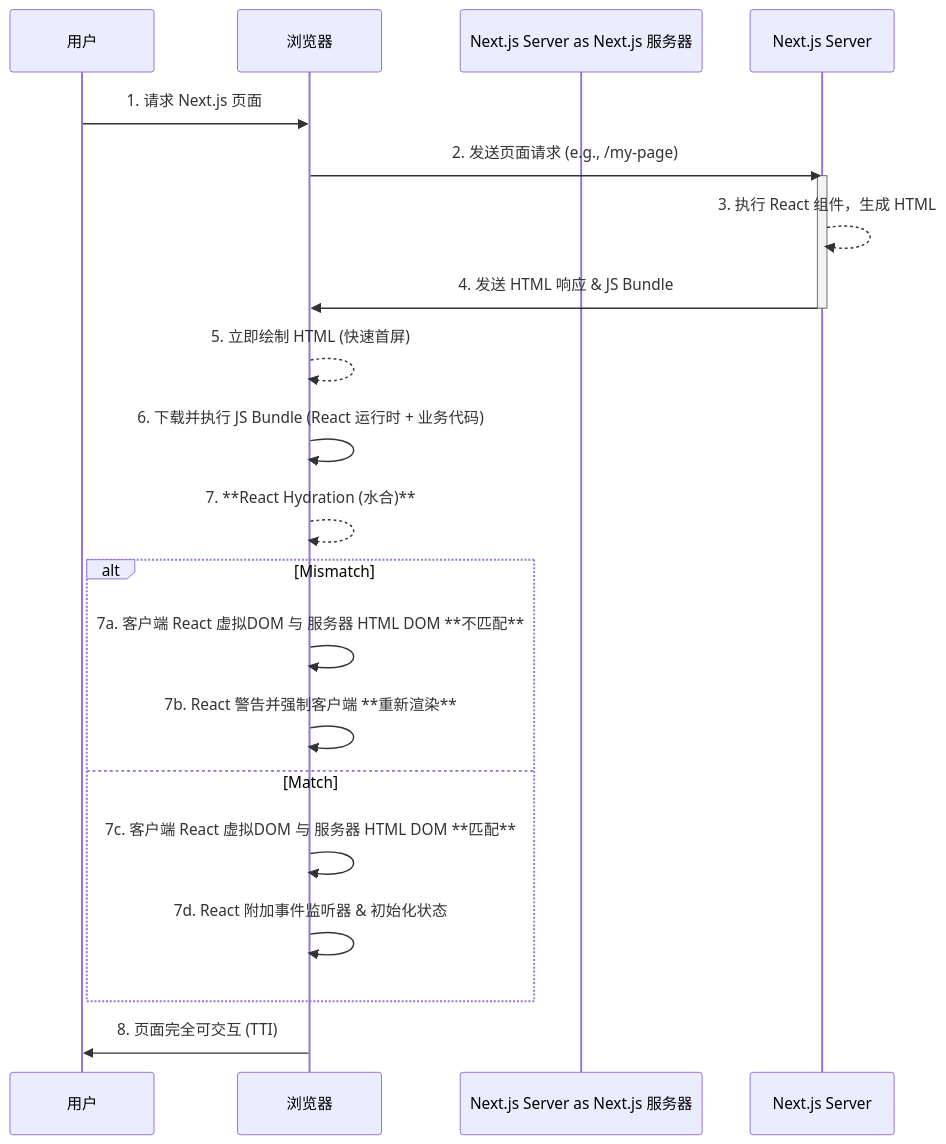
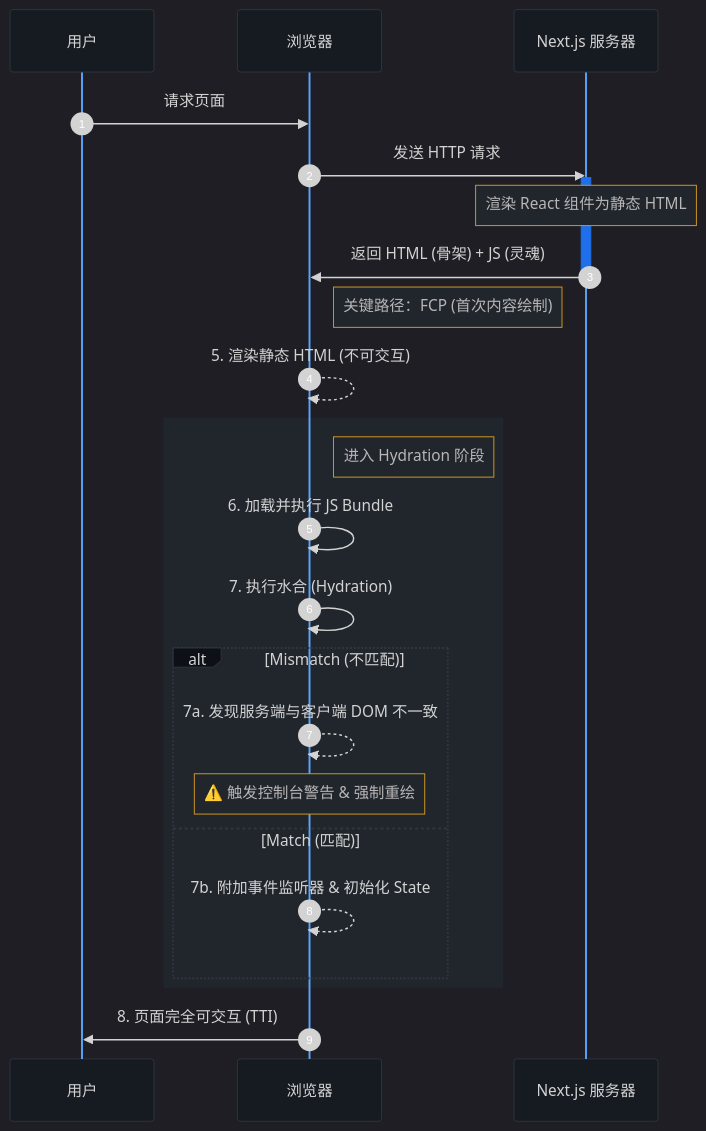
The diagram in source/_posts/2024/2024-02-01_Next.js Hydration 详解.md (teatang/t-blog), drawn with Mermaid before and after one commit. The commit also changed 5 other files, not shown here.

```diff
--- a/source/_posts/2024/2024-02-01_Next.js Hydration 详解.md
+++ b/source/_posts/2024/2024-02-01_Next.js Hydration 详解.md
@@ -53,25 +53,35 @@
 {% mermaid %}
+%%{init: {'theme': 'dark', 'themeVariables': { 'sequenceNumberColor': '#fff', 'actorLineColor': '#58a6ff', 'actorBorder': '#30363d', 'actorBkg': '#161b22', 'labelBoxBorderColor': '#30363d', 'labelBoxBkgColor': '#0d1117', 'activationBorderColor': '#1f6feb', 'activationBkgColor': '#1f6feb', 'noteBkgColor': '#21262d', 'noteBorderColor': '#d29922' }}}%%
 sequenceDiagram
+    autonumber
+    
     participant User as 用户
     participant Browser as 浏览器
-    participant Next.js Server as Next.js 服务器
+    participant NextServer as Next.js 服务器
 
-    User->>Browser: 1. 请求 Next.js 页面
-    Browser->>Next.js Server: 2. 发送页面请求 (e.g., /my-page)
-    activate Next.js Server
-    Next.js Server-->>Next.js Server: 3. 执行 React 组件，生成 HTML
-    Next.js Server->>Browser: 4. 发送 HTML 响应 & JS Bundle
-    deactivate Next.js Server
+    User->>Browser: 请求页面
+    Browser->>NextServer: 发送 HTTP 请求
+    
+    activate NextServer
+    Note over NextServer: 渲染 React 组件为静态 HTML
+    NextServer->>Browser: 返回 HTML (骨架) + JS (灵魂)
+    deactivate NextServer
 
-    Browser-->>Browser: 5. 立即绘制 HTML (快速首屏)
-    Browser->>Browser: 6. 下载并执行 JS Bundle (React 运行时 + 业务代码)
-    Browser-->>Browser: 7. **React Hydration (水合)**
-    alt Mismatch
-        Browser->>Browser: 7a. 客户端 React 虚拟DOM 与 服务器 HTML DOM **不匹配**
-        Browser->>Browser: 7b. React 警告并强制客户端 **重新渲染**
-    else Match
-        Browser->>Browser: 7c. 客户端 React 虚拟DOM 与 服务器 HTML DOM **匹配**
-        Browser->>Browser: 7d. React 附加事件监听器 & 初始化状态
+    Note right of Browser: 关键路径：FCP (首次内容绘制)
+    Browser-->>Browser: 5. 渲染静态 HTML (不可交互)
+    
+    rect rgb(33, 38, 45)
+        Note right of Browser: 进入 Hydration 阶段
+        Browser->>Browser: 6. 加载并执行 JS Bundle
+        Browser->>Browser: 7. 执行水合 (Hydration)
+        
+        alt Mismatch (不匹配)
+            Browser-->>Browser: 7a. 发现服务端与客户端 DOM 不一致
+            Note over Browser: ⚠️ 触发控制台警告 & 强制重绘
+        else Match (匹配)
+            Browser-->>Browser: 7b. 附加事件监听器 & 初始化 State
+        end
     end
+
     Browser->>User: 8. 页面完全可交互 (TTI)
 {% endmermaid %}
```
